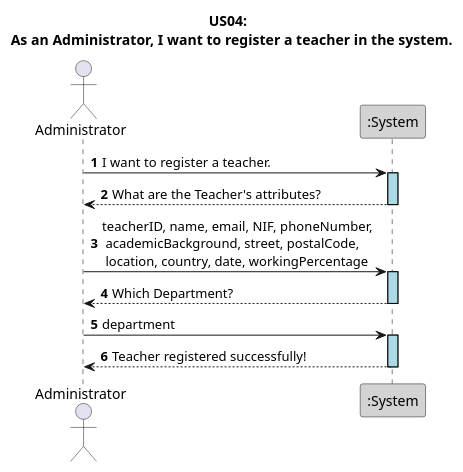
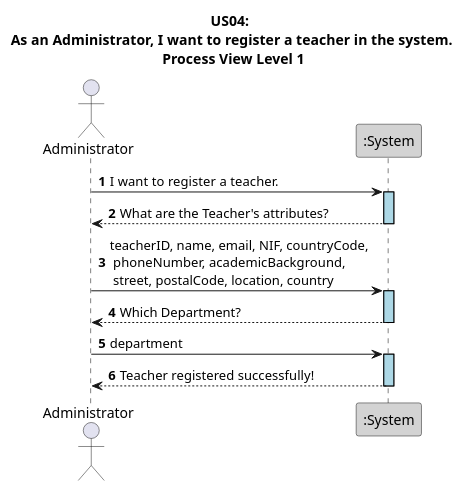
Before and after one commit to GasparISEP/DevOps-PAI: the diagram in docs/US04/Sprint6/ProcessView/Level1.puml, drawn with PlantUML. The commit also changed 2 other files, not shown here.

Commit message:
docs: refactor Level 1,2 & 3  ProcessView diagrams to Teacher Registration. #500 #581

```diff
--- a/docs/US04/Sprint6/ProcessView/Level1.puml
+++ b/docs/US04/Sprint6/ProcessView/Level1.puml
@@ -1,23 +1,23 @@
 @startuml
 autonumber
 
 skinparam sequence {
    LifelineBorderColor black
    LifelineBackgroundColor LightBlue
  }
 
-title US04: \n As an Administrator, I want to register a teacher in the system.
+title US04: \n As an Administrator, I want to register a teacher in the system. \n Process View Level 1
 
 actor Administrator
 participant ":System" as System #lightgrey
 
 
 Administrator -> System ++: I want to register a teacher.
 System --> Administrator --: What are the Teacher's attributes?
-Administrator -> System ++: teacherID, name, email, NIF, phoneNumber, \n academicBackground, street, postalCode, \n location, country, date, workingPercentage
+Administrator -> System ++: teacherID, name, email, NIF, countryCode, \n phoneNumber, academicBackground, \n street, postalCode, location, country
 
 System --> Administrator --: Which Department?
 Administrator -> System ++: department
 System --> Administrator --: Teacher registered successfully!
 
 @enduml
```
